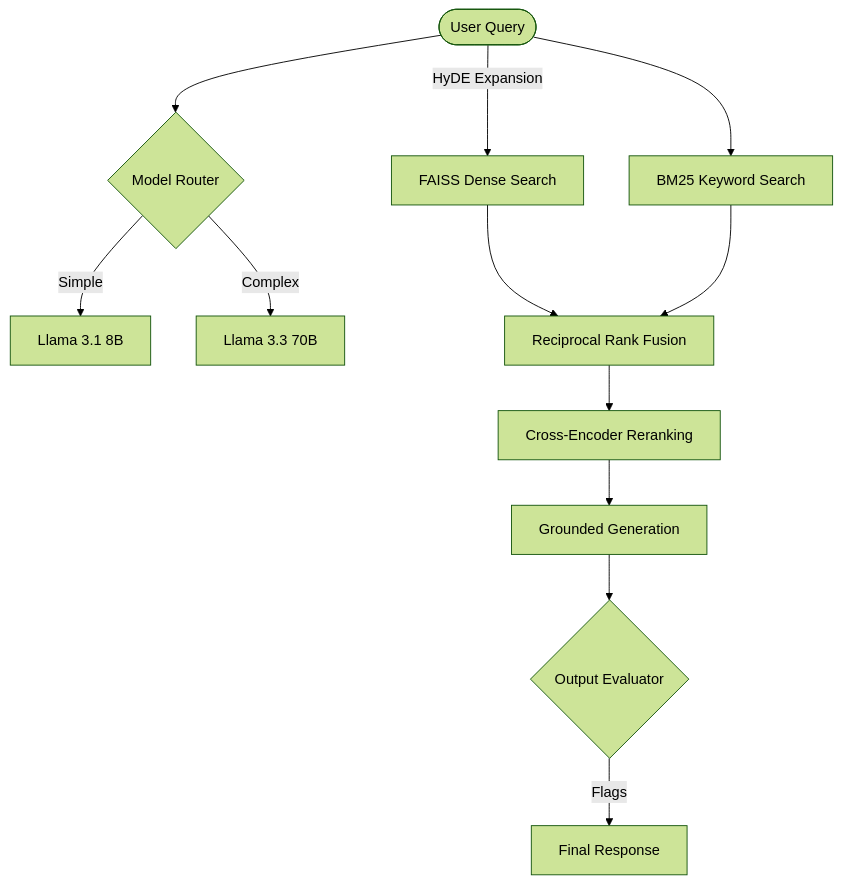
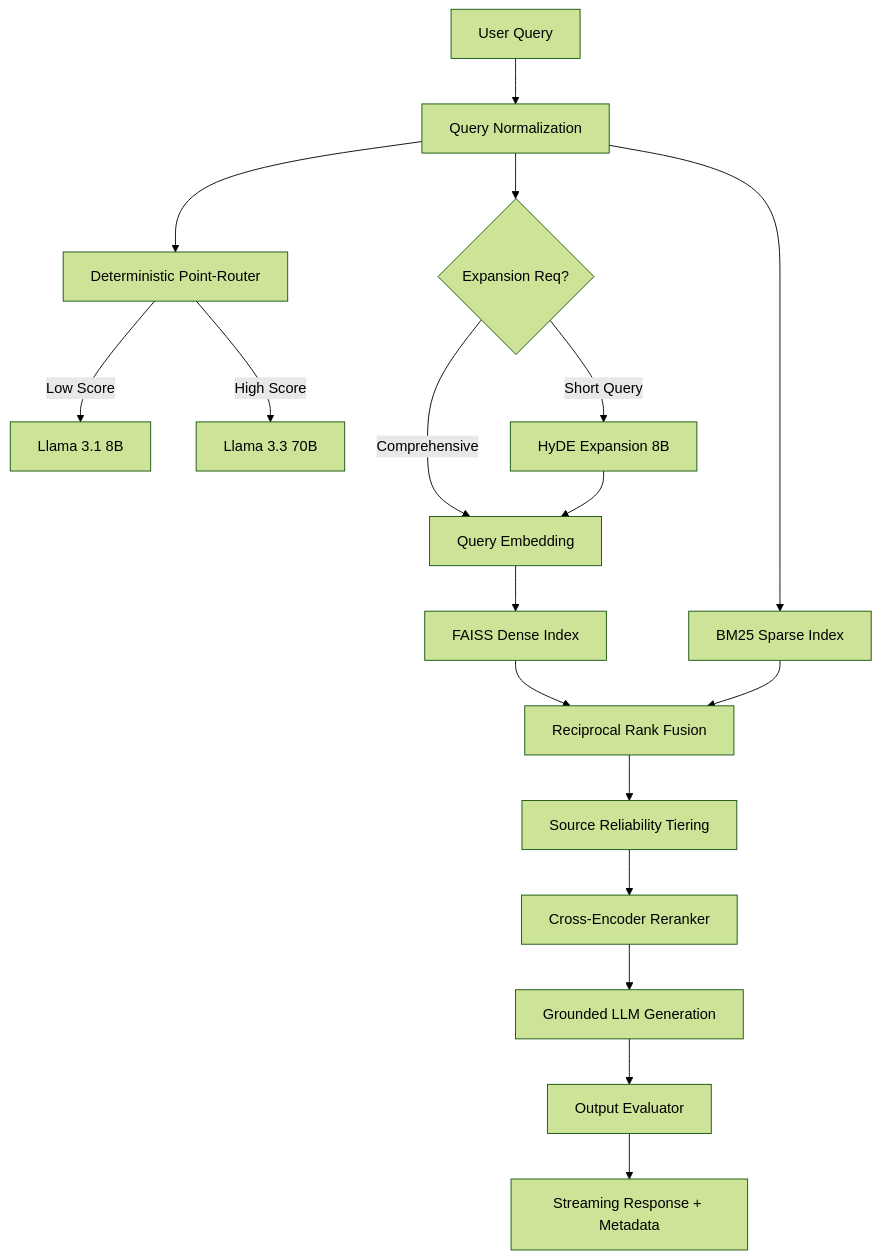
Before and after one commit to Ujjwaljain16/ClearPath-RAG: the diagram in README.md, drawn with Mermaid (forest theme). The commit also changed other lines of this file and 6 other files, not shown here.

````diff
--- a/README.md
+++ b/README.md
@@ -12,18 +15,27 @@
 ```mermaid
-graph TD
-    User([User Query]) --> Router{Model Router}
-    Router -->|Simple| Model8B[Llama 3.1 8B]
-    Router -->|Complex| Model70B[Llama 3.3 70B]
+flowchart TD
+    U[User Query] --> NQ[Query Normalization]
+    NQ --> R[Deterministic Point-Router]
+
+    R -->|Low Score| M8[Llama 3.1 8B]
+    R -->|High Score| M70[Llama 3.3 70B]
+
+    NQ --> HYDE{Expansion Req?}
+    HYDE -->|Short Query| HGEN[HyDE Expansion 8B]
+    HYDE -->|Comprehensive| EMB[Query Embedding]
+
+    HGEN --> EMB
+
+    EMB --> DENSE[FAISS Dense Index]
+    NQ --> SPARSE[BM25 Sparse Index]
+
+    DENSE --> RRF[Reciprocal Rank Fusion]
+    SPARSE --> RRF
     
-    User -->|HyDE Expansion| Dense[FAISS Dense Search]
-    User --> Sparse[BM25 Keyword Search]
-    
-    Dense --> RRF[Reciprocal Rank Fusion]
-    Sparse --> RRF
-    
-    RRF --> CE[Cross-Encoder Reranking]
-    CE --> LLM[Grounded Generation]
-    
-    LLM --> Evaluator{Output Evaluator}
-    Evaluator -->|Flags| Final[Final Response]
+    RRF --> BOOST[Source Reliability Tiering]
+    BOOST --> CE[Cross-Encoder Reranker]
+
+    CE --> GEN[Grounded LLM Generation]
+    GEN --> EVAL[Output Evaluator]
+    EVAL --> RESP[Streaming Response + Metadata]
 ```
````
